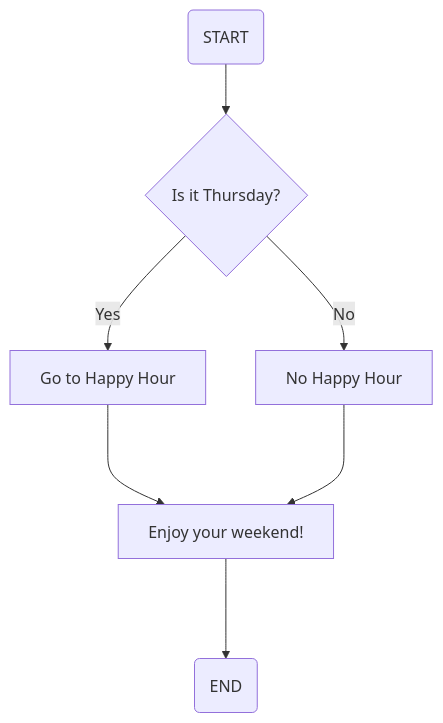
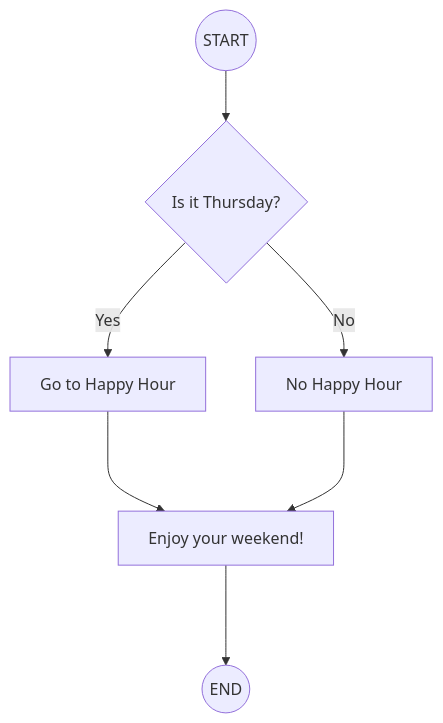
Before and after one commit to yusale9/student-showcase: the second of 5 diagrams in student-assignments/diagrams.md, drawn with Mermaid.

````diff
--- a/student-assignments/diagrams.md
+++ b/student-assignments/diagrams.md
@@ -10,10 +10,10 @@
 ```mermaid
    flowchart TD;
    
-   A(START) --> B{Is it Thursday?};
+   A((START)) --> B{Is it Thursday?};
    B -- Yes --> C[Go to Happy Hour];
    B -- No --> D[No Happy Hour];
    C ---> E[Enjoy your weekend!];
    D ---> E[Enjoy your weekend!];
-   E ---> F(END)
+   E ---> F((END))
 ```   
````
